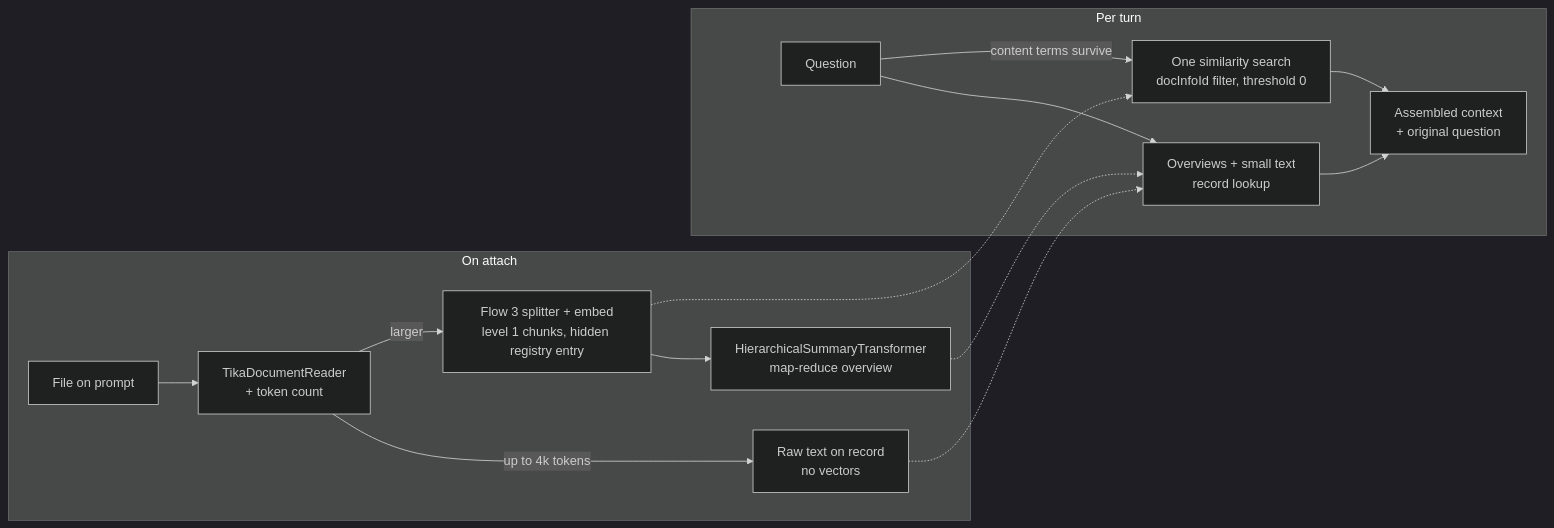
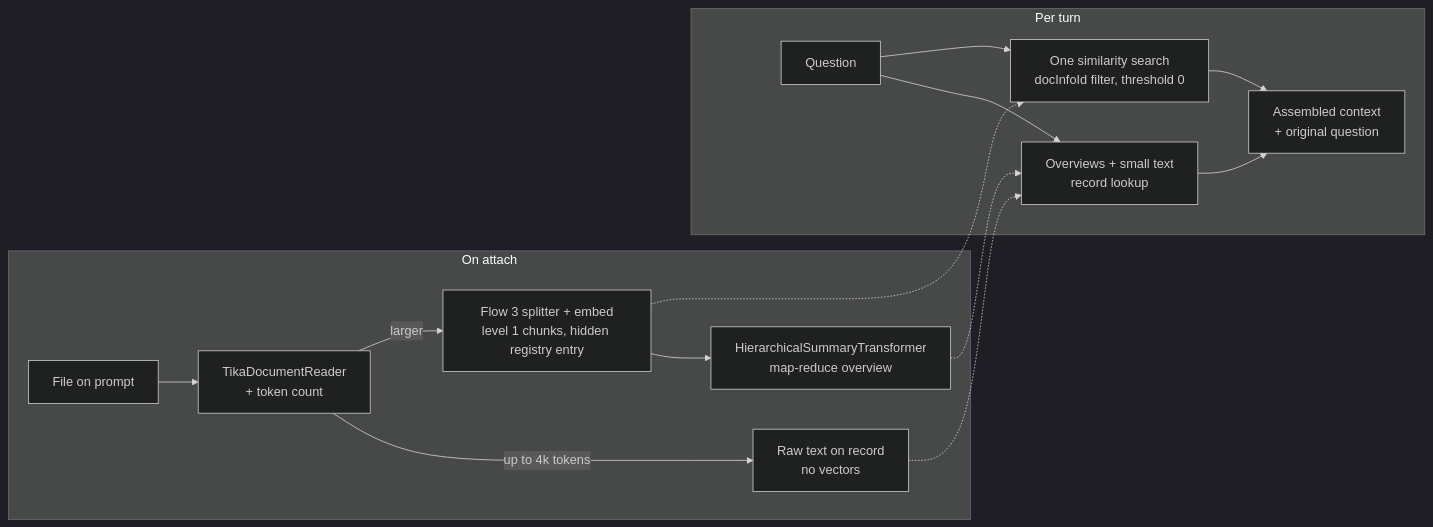
One commit to spring-ai-community/spring-ai-playground changed the eighth of 10 diagrams in docs/architecture.md. Above: the diagram before and after it, drawn with Mermaid (dark theme). The commit also changed other lines of this file and 126 other files, not shown here.

````diff
--- a/docs/architecture.md
+++ b/docs/architecture.md
@@ -304,18 +304,18 @@
 ```mermaid
 flowchart LR
     subgraph Attach [On attach]
         FILE["File on prompt"] --> TIKA["TikaDocumentReader<br/>+ token count"]
         TIKA -->|"up to 4k tokens"| RAW["Raw text on record<br/>no vectors"]
         TIKA -->|"larger"| ETL["Flow 3 splitter + embed<br/>level 1 chunks, hidden registry entry"]
         ETL --> OV["HierarchicalSummaryTransformer<br/>map-reduce overview"]
     end
     subgraph Ask [Per turn]
         Q["Question"] --> LOOKUP["Overviews + small text<br/>record lookup"]
-        Q -->|"content terms survive"| SEARCH["One similarity search<br/>docInfoId filter, threshold 0"]
+        Q --> SEARCH["One similarity search<br/>docInfoId filter, threshold 0"]
         LOOKUP --> CTX["Assembled context<br/>+ original question"]
         SEARCH --> CTX
     end
     RAW -.-> LOOKUP
     OV -.-> LOOKUP
     ETL -.-> SEARCH
 ```
````
